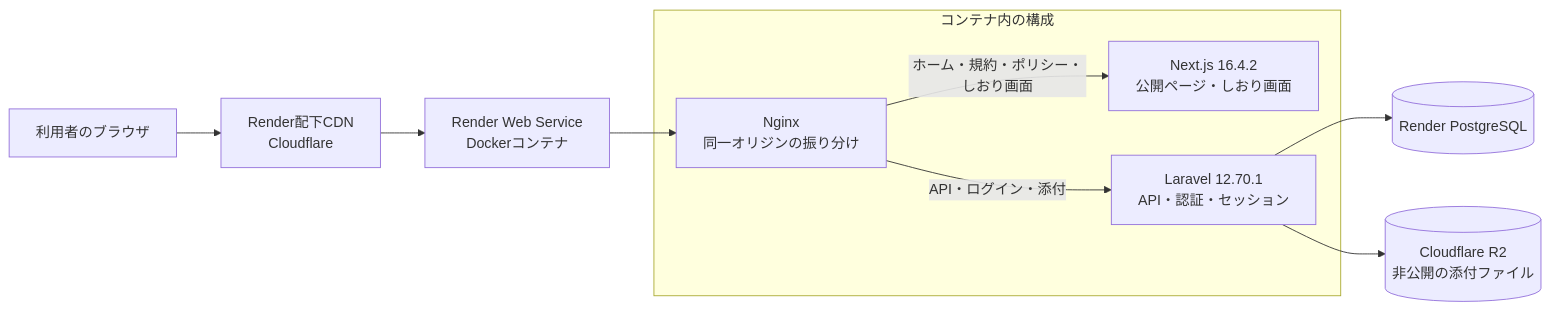
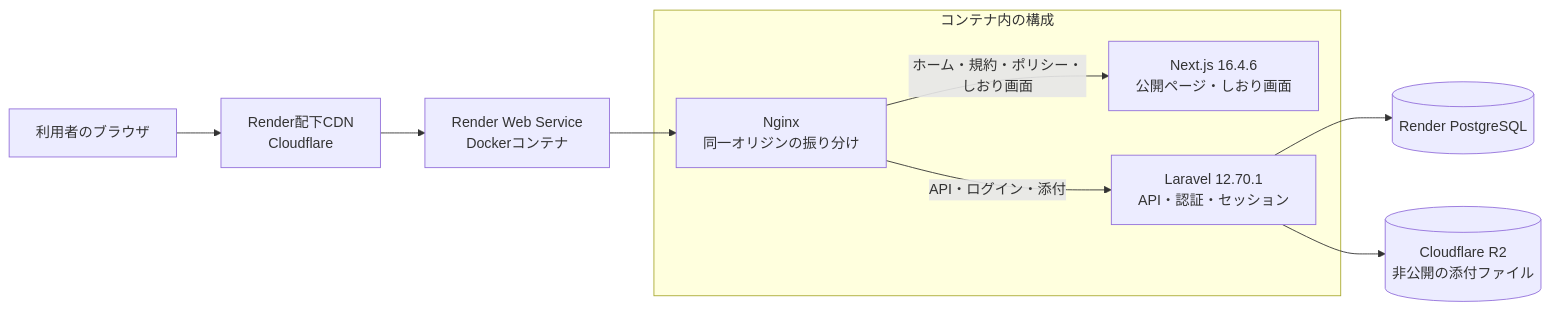
One commit to ramer-orange/guide changed the first of 2 diagrams in README.md. Above: the diagram before and after it, drawn with Mermaid. The commit also changed other lines of this file and 14 other files, not shown here.

````diff
--- a/README.md
+++ b/README.md
@@ -106,15 +106,15 @@
 ```mermaid
 flowchart LR
     User[利用者のブラウザ] --> Edge[Render配下CDN<br/>Cloudflare]
     Edge --> Render[Render Web Service<br/>Dockerコンテナ]
     subgraph App[コンテナ内の構成]
         Nginx[Nginx<br/>同一オリジンの振り分け]
-        Next[Next.js 16.4.2<br/>公開ページ・しおり画面]
+        Next[Next.js 16.4.6<br/>公開ページ・しおり画面]
         Laravel[Laravel 12.70.1<br/>API・認証・セッション]
         Nginx -->|ホーム・規約・ポリシー・しおり画面| Next
         Nginx -->|API・ログイン・添付| Laravel
     end
     Render --> Nginx
     Laravel --> DB[(Render PostgreSQL)]
     Laravel --> R2[(Cloudflare R2<br/>非公開の添付ファイル)]
 ```
````
